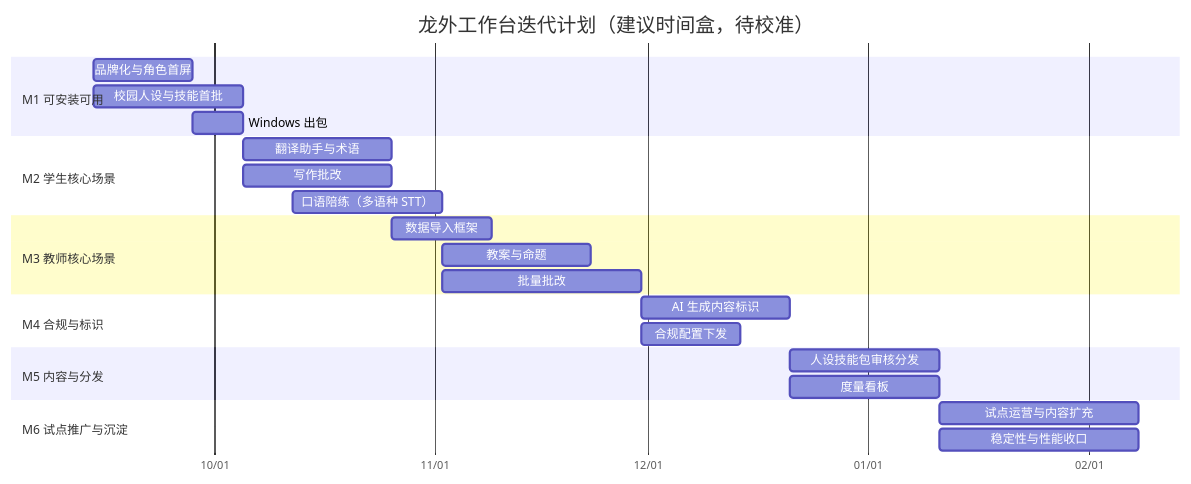
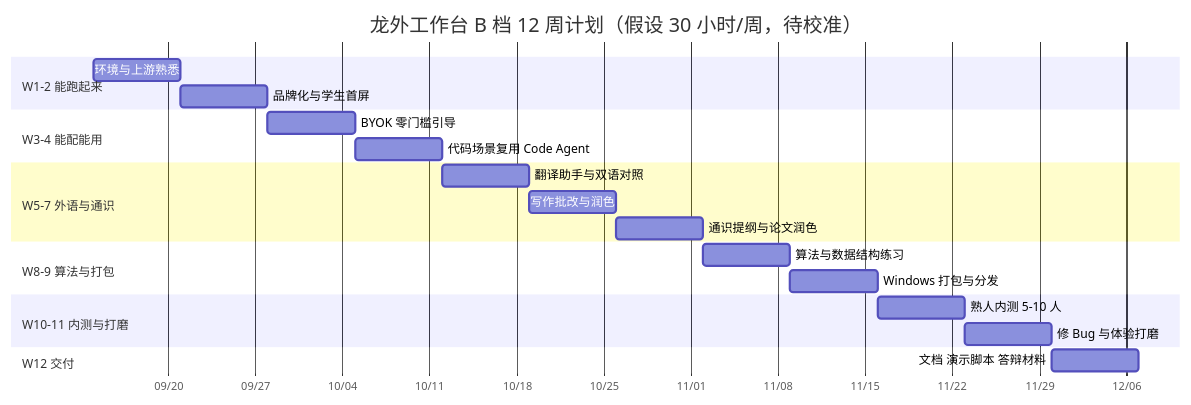
Diagram 11 of 11 in docs/PRD-龙外工作台.md (light-misty/Stealth-Study), drawn with Mermaid before and after one commit. The commit also changed other lines of this file and 2 other files, not shown here.

````diff
--- a/docs/PRD-龙外工作台.md
+++ b/docs/PRD-龙外工作台.md
@@ -1241,27 +1259,24 @@
 ```mermaid
 gantt
-    title 龙外工作台迭代计划（建议时间盒，待校准）
+    title 龙外工作台 B 档 12 周计划（假设 30 小时/周，待校准）
     dateFormat YYYY-MM-DD
     axisFormat %m/%d
-    section M1 可安装可用
-    品牌化与角色首屏 :m1a, 2026-09-14, 2w
-    校园人设与技能首批 :m1b, 2026-09-14, 3w
-    Windows 出包 :m1c, 2026-09-28, 1w
-    section M2 学生核心场景
-    翻译助手与术语 :m2a, 2026-10-05, 3w
-    写作批改 :m2b, 2026-10-05, 3w
-    口语陪练（多语种 STT） :m2c, 2026-10-12, 3w
-    section M3 教师核心场景
-    数据导入框架 :m3a, 2026-10-26, 2w
-    教案与命题 :m3b, 2026-11-02, 3w
-    批量批改 :m3c, 2026-11-02, 4w
-    section M4 合规与标识
-    AI 生成内容标识 :m4a, 2026-11-30, 3w
-    合规配置下发 :m4b, 2026-11-30, 2w
-    section M5 内容与分发
-    人设技能包审核分发 :m5a, 2026-12-21, 3w
-    度量看板 :m5b, 2026-12-21, 3w
-    section M6 试点推广与沉淀
-    试点运营与内容扩充 :m6a, 2027-01-11, 4w
-    稳定性与性能收口 :m6b, 2027-01-11, 4w
+    section W1-2 能跑起来
+    环境与上游熟悉 :w1, 2026-09-14, 1w
+    品牌化与学生首屏 :w2, 2026-09-21, 1w
+    section W3-4 能配能用
+    BYOK 零门槛引导 :w3, 2026-09-28, 1w
+    代码场景复用 Code Agent :w4, 2026-10-05, 1w
+    section W5-7 外语与通识
+    翻译助手与双语对照 :w5, 2026-10-12, 1w
+    写作批改与润色 :w6, 2026-10-19, 1w
+    通识提纲与论文润色 :w7, 2026-10-26, 1w
+    section W8-9 算法与打包
+    算法与数据结构练习 :w8, 2026-11-02, 1w
+    Windows 打包与分发 :w9, 2026-11-09, 1w
+    section W10-11 内测与打磨
+    熟人内测 5-10 人 :w10, 2026-11-16, 1w
+    修 Bug 与体验打磨 :w11, 2026-11-23, 1w
+    section W12 交付
+    文档 演示脚本 答辩材料 :w12, 2026-11-30, 1w
 ```
````
